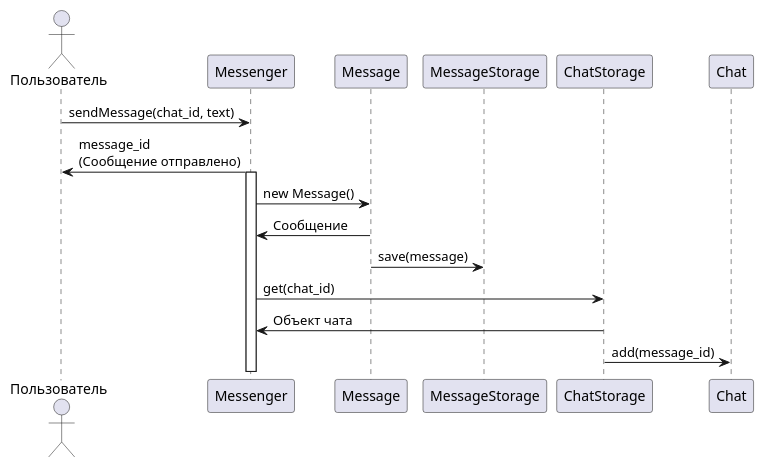
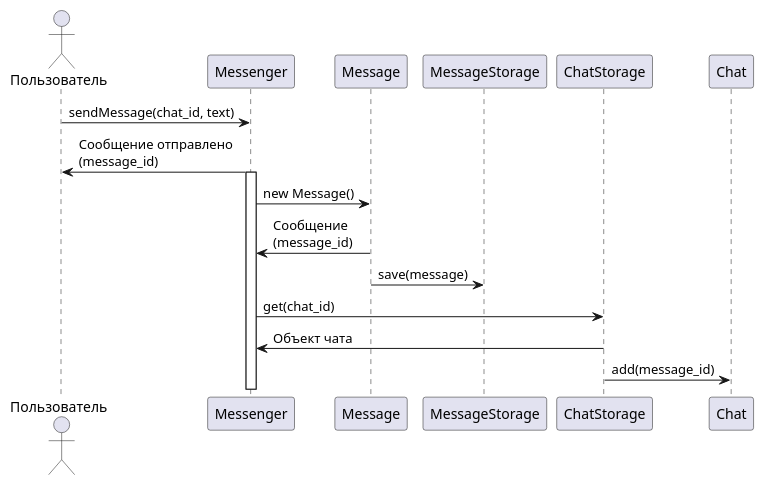
One commit to penamarth/bsbo-13-22_team4_var5 changed the diagram in precedents/message_send.md. Above: the diagram before and after it, drawn with PlantUML. The commit also changed other lines of this file, not shown here.

````diff
--- a/precedents/message_send.md
+++ b/precedents/message_send.md
@@ -82,21 +82,21 @@
 ```plantuml
 @startuml
 
 actor Пользователь
 Пользователь -> Messenger: sendMessage(chat_id, text)
-Пользователь <- Messenger: message_id\n(Сообщение отправлено)
+Пользователь <- Messenger: Сообщение отправлено\n(message_id)
 
 activate Messenger
 
 Messenger -> Message : new Message()
-Messenger <- Message: Сообщение
+Messenger <- Message: Сообщение\n(message_id)
 
 Message -> MessageStorage : save(message)
 
 Messenger -> ChatStorage: get(chat_id)
 ChatStorage -> Messenger : Объект чата
 
 ChatStorage -> Chat : add(message_id)
 
 @enduml
 ```
````
